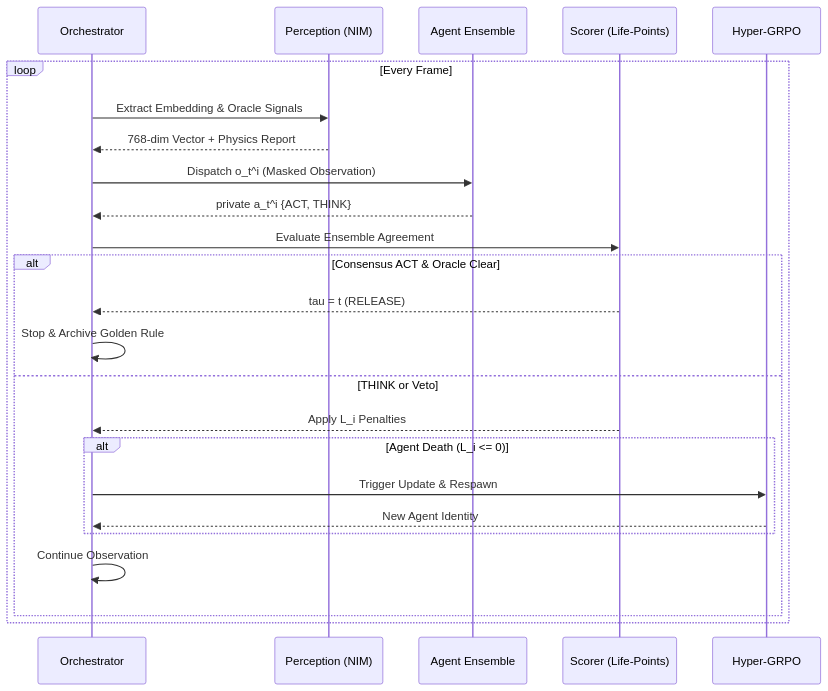
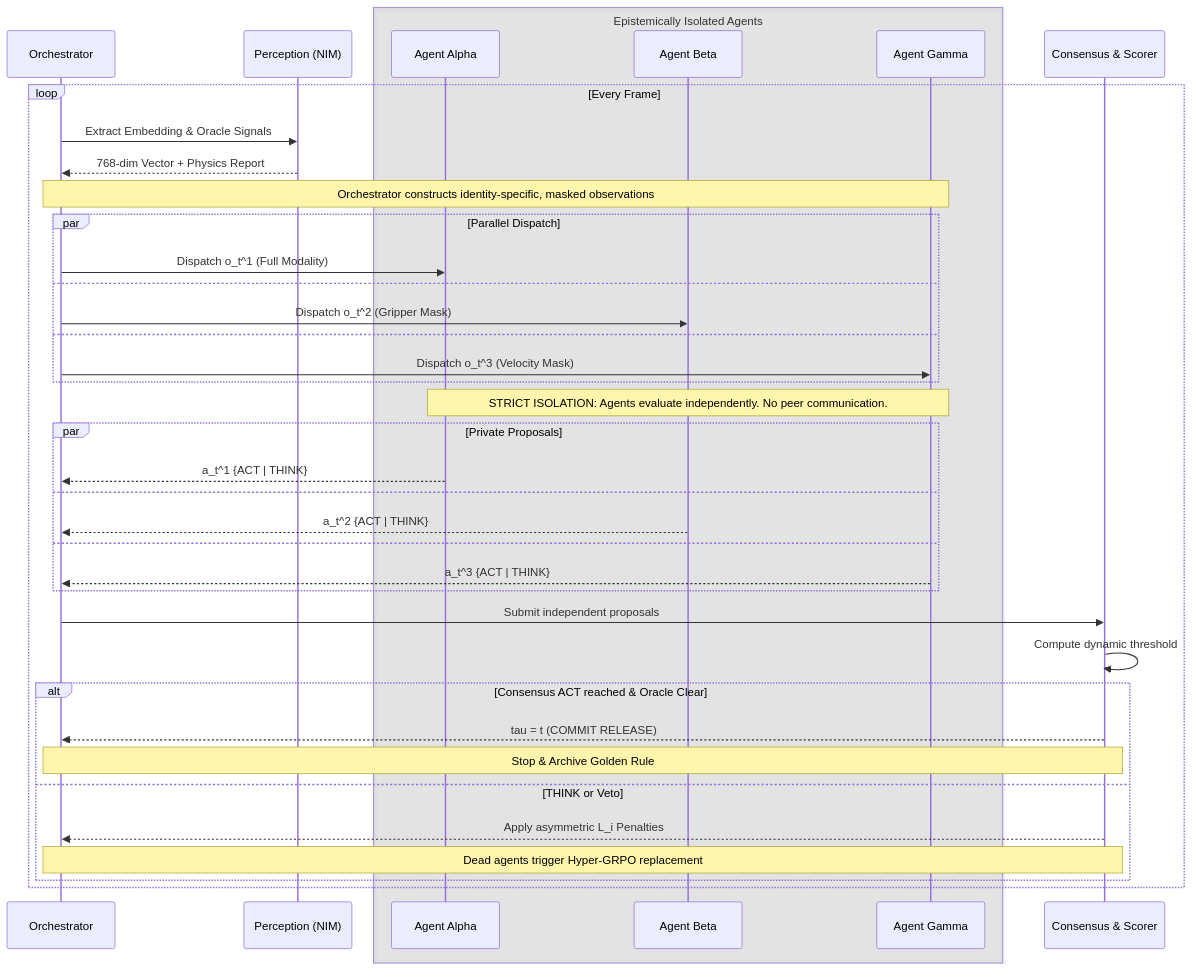
Before and after one commit to AmeerJ97/Nvidia-cosmos-cookoff: the first of 2 diagrams in README.md, drawn with Mermaid. The commit also changed other lines of this file, not shown here.

Commit message:
update readme diagrams to clarify that agents don't talk to each other

````diff
--- a/README.md
+++ b/README.md
@@ -24,27 +24,48 @@
 ```mermaid
 sequenceDiagram
     participant O as Orchestrator
     participant P as Perception (NIM)
-    participant E as Agent Ensemble
-    participant S as Scorer (Life-Points)
-    participant G as Hyper-GRPO
+    
+    box rgba(40, 40, 40, 0.1) Epistemically Isolated Agents
+    participant A1 as Agent Alpha
+    participant A2 as Agent Beta
+    participant A3 as Agent Gamma
+    end
+    
+    participant S as Consensus & Scorer
     
     loop Every Frame
         O->>P: Extract Embedding & Oracle Signals
         P-->>O: 768-dim Vector + Physics Report
-        O->>E: Dispatch o_t^i (Masked Observation)
-        E-->>O: private a_t^i {ACT, THINK}
-        O->>S: Evaluate Ensemble Agreement
-        alt Consensus ACT & Oracle Clear
-            S-->>O: tau = t (RELEASE)
-            O->>O: Stop & Archive Golden Rule
+        
+        note over O, A3: Orchestrator constructs identity-specific, masked observations
+        par Parallel Dispatch
+            O->>A1: Dispatch o_t^1 (Full Modality)
+        and
+            O->>A2: Dispatch o_t^2 (Gripper Mask)
+        and
+            O->>A3: Dispatch o_t^3 (Velocity Mask)
+        end
+        
+        note over A1, A3: STRICT ISOLATION: Agents evaluate independently. No peer communication.
+        
+        par Private Proposals
+            A1-->>O: a_t^1 {ACT | THINK}
+        and
+            A2-->>O: a_t^2 {ACT | THINK}
+        and
+            A3-->>O: a_t^3 {ACT | THINK}
+        end
+        
+        O->>S: Submit independent proposals
+        S->>S: Compute dynamic threshold
+        
+        alt Consensus ACT reached & Oracle Clear
+            S-->>O: tau = t (COMMIT RELEASE)
+            note over O, S: Stop & Archive Golden Rule
         else THINK or Veto
-            S-->>O: Apply L_i Penalties
-            alt Agent Death (L_i <= 0)
-                O->>G: Trigger Update & Respawn
-                G-->>O: New Agent Identity
-            end
-            O->>O: Continue Observation
+            S-->>O: Apply asymmetric L_i Penalties
+            note over O, S: Dead agents trigger Hyper-GRPO replacement
         end
     end
 ```
````
